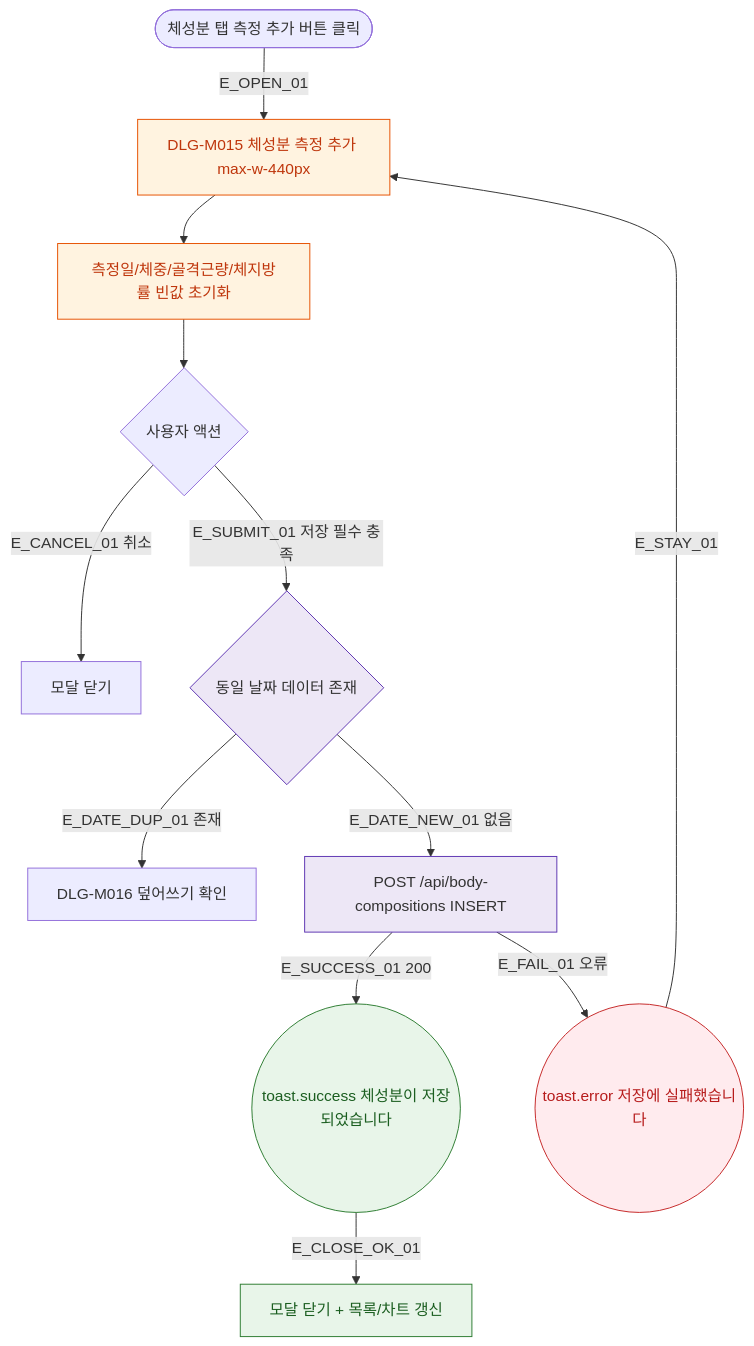
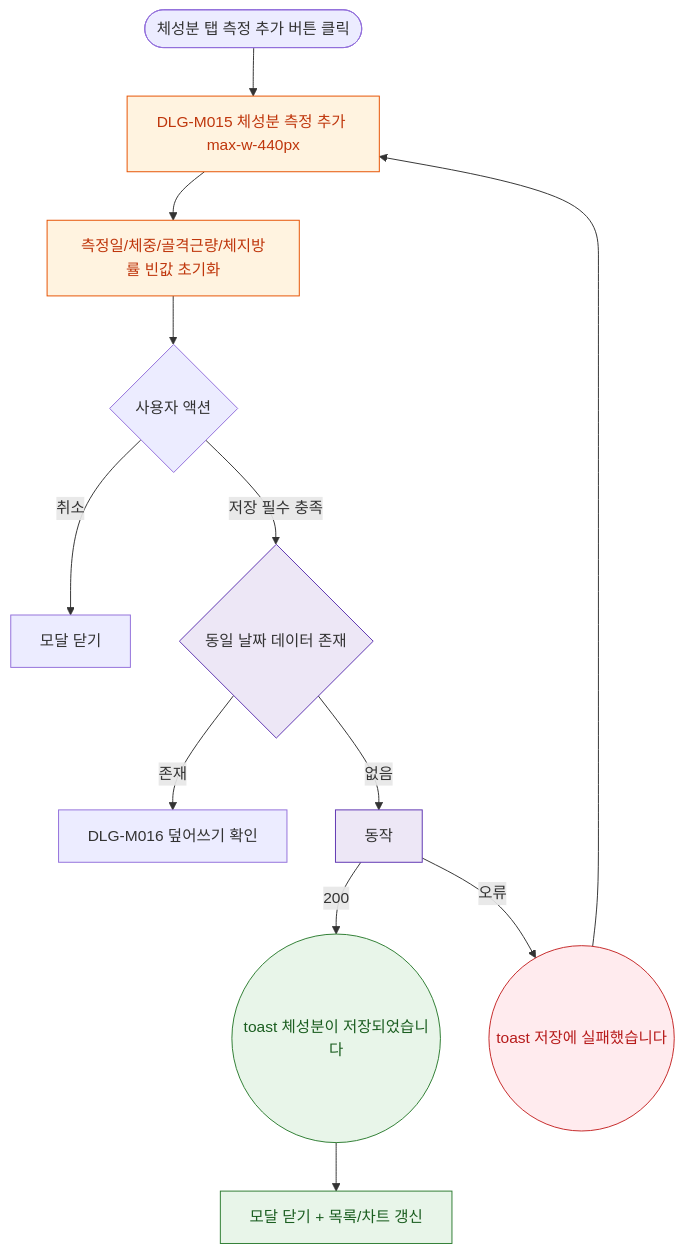
The diagram in docs/다이어그램/D02_회원관리/DLG/DLG-M015_체성분등록/M1_생명주기.md (dev-spogym/admin-pando), drawn with Mermaid before and after one commit. The commit also changed other lines of this file and 1660 other files, not shown here.

First line of the commit message:
다이어그램: 기획자/클라이언트 납품본으로 정리

````diff
--- a/docs/다이어그램/D02_회원관리/DLG/DLG-M015_체성분등록/M1_생명주기.md
+++ b/docs/다이어그램/D02_회원관리/DLG/DLG-M015_체성분등록/M1_생명주기.md
@@ -22,31 +20,31 @@
 ```mermaid
 flowchart TD
   TRIGGER([체성분 탭 측정 추가 버튼 클릭])
 
-  TRIGGER -->|E_OPEN_01| DLG_OPEN[DLG-M015 체성분 측정 추가 max-w-440px]
+  TRIGGER --> DLG_OPEN[DLG-M015 체성분 측정 추가 max-w-440px]
   DLG_OPEN --> INIT[측정일/체중/골격근량/체지방률 빈값 초기화]
 
   INIT --> USER_ACT{사용자 액션}
 
-  USER_ACT -->|E_CANCEL_01 취소| CLOSE[모달 닫기]
-  USER_ACT -->|E_SUBMIT_01 저장 필수 충족| CHECK_DATE{동일 날짜 데이터 존재}
+  USER_ACT -->|취소|CLOSE[모달 닫기]
+  USER_ACT -->|저장 필수 충족|CHECK_DATE{동일 날짜 데이터 존재}
 
-  CHECK_DATE -->|E_DATE_DUP_01 존재| DLG_OVERWRITE[DLG-M016 덮어쓰기 확인]
-  CHECK_DATE -->|E_DATE_NEW_01 없음| API_INSERT[POST /api/body-compositions INSERT]
+  CHECK_DATE -->|존재|DLG_OVERWRITE[DLG-M016 덮어쓰기 확인]
+  CHECK_DATE -->|없음|API_INSERT[동작]
 
-  API_INSERT -->|E_SUCCESS_01 200| TOAST_OK((toast.success 체성분이 저장되었습니다))
-  TOAST_OK   -->|E_CLOSE_OK_01| POST_OK[모달 닫기 + 목록/차트 갱신]
+  API_INSERT -->|200|TOAST_OK((toast 체성분이 저장되었습니다))
+  TOAST_OK --> POST_OK[모달 닫기 + 목록/차트 갱신]
 
-  API_INSERT -->|E_FAIL_01 오류| TOAST_ERR((toast.error 저장에 실패했습니다))
-  TOAST_ERR  -->|E_STAY_01| DLG_OPEN
+  API_INSERT -->|오류|TOAST_ERR((toast 저장에 실패했습니다))
+  TOAST_ERR --> DLG_OPEN
 
-  classDef modal   fill:#FFF3E0,stroke:#E65100,color:#BF360C
+  classDef modal fill:#FFF3E0,stroke:#E65100,color:#BF360C
   classDef success fill:#E8F5E9,stroke:#2E7D32,color:#1B5E20
-  classDef error   fill:#FFEBEE,stroke:#C62828,color:#B71C1C
-  classDef system  fill:#EDE7F6,stroke:#5E35B2
+  classDef error fill:#FFEBEE,stroke:#C62828,color:#B71C1C
+  classDef system fill:#EDE7F6,stroke:#5E35B2
 
   class DLG_OPEN,INIT modal
   class TOAST_OK,POST_OK success
   class TOAST_ERR error
   class CHECK_DATE,API_INSERT system
 ```
````
